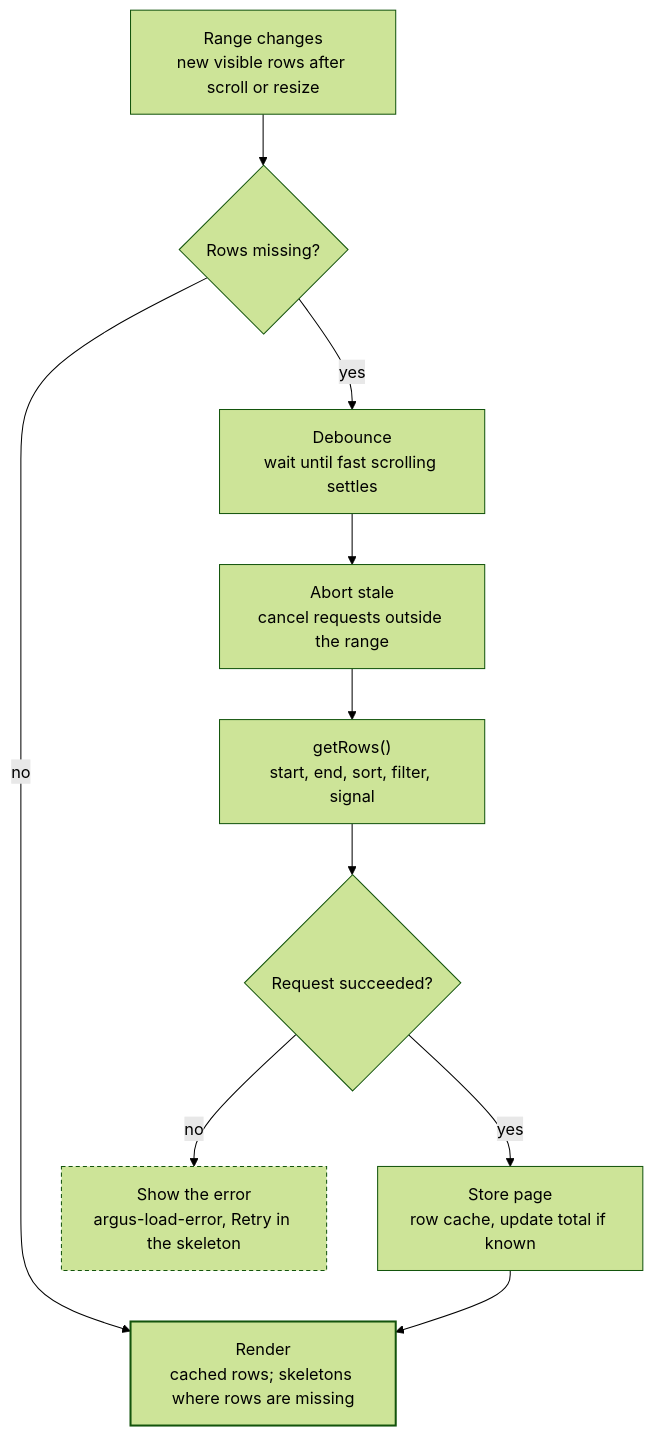
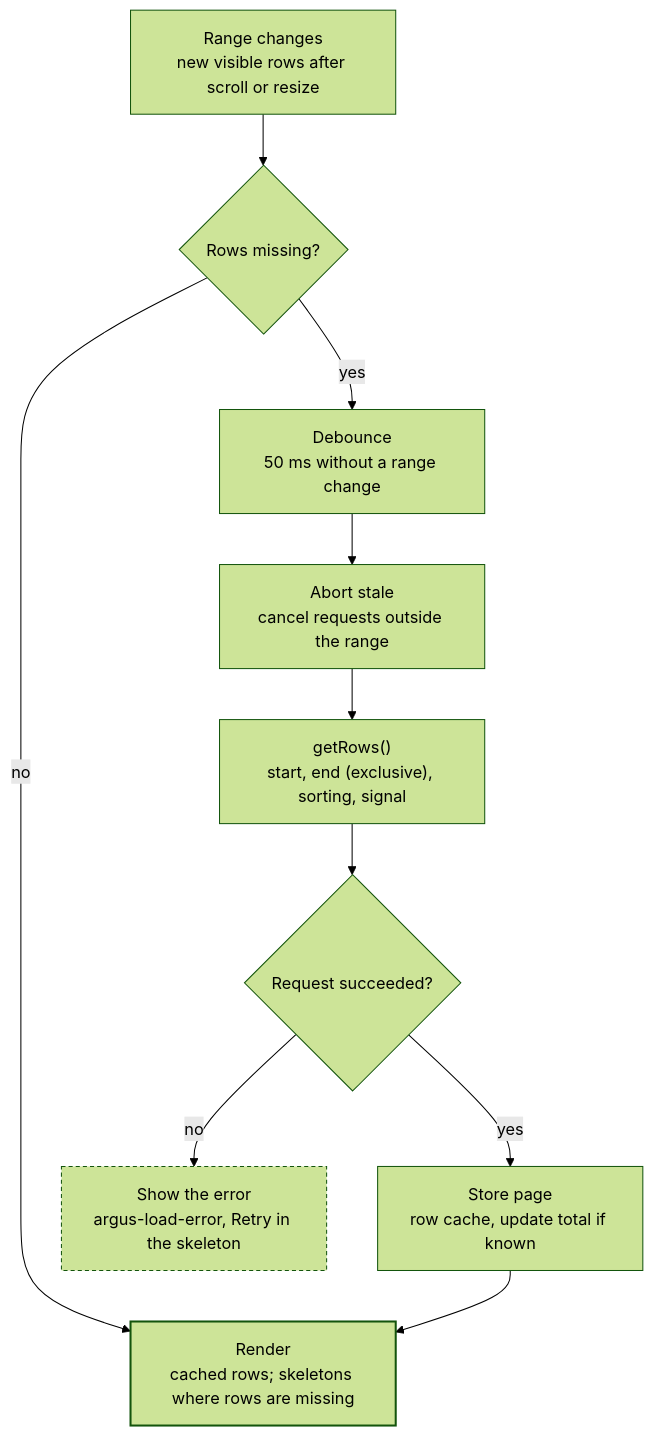
One commit to Joessst-Dev/argus-table changed the diagram in docs/plan/code-architecture/03-infinite-loading.md. Above: the diagram before and after it, drawn with Mermaid (forest theme). The commit also changed other lines of this file and 26 other files, not shown here.

````diff
--- a/docs/plan/code-architecture/03-infinite-loading.md
+++ b/docs/plan/code-architecture/03-infinite-loading.md
@@ -9,17 +9,17 @@
 ```mermaid
 flowchart TD
     range["Range changes<br/>new visible rows after scroll or resize"] --> missing{"Rows missing?"}
     missing -- no --> render["Render<br/>cached rows; skeletons where rows are missing"]
-    missing -- yes --> debounce["Debounce<br/>wait until fast scrolling settles"]
+    missing -- yes --> debounce["Debounce<br/>50 ms without a range change"]
     debounce --> abort["Abort stale<br/>cancel requests outside the range"]
-    abort --> get["getRows()<br/>start, end, sort, filter, signal"]
+    abort --> get["getRows()<br/>start, end (exclusive), sorting, signal"]
     get --> ok{"Request succeeded?"}
     ok -- yes --> store["Store page<br/>row cache, update total if known"]
     store --> render
     ok -- no --> error["Show the error<br/>argus-load-error, Retry in the skeleton"]
 
     classDef main stroke-width:2px
     class render main
     classDef err stroke-dasharray:4 3
     class error err
 ```
````
